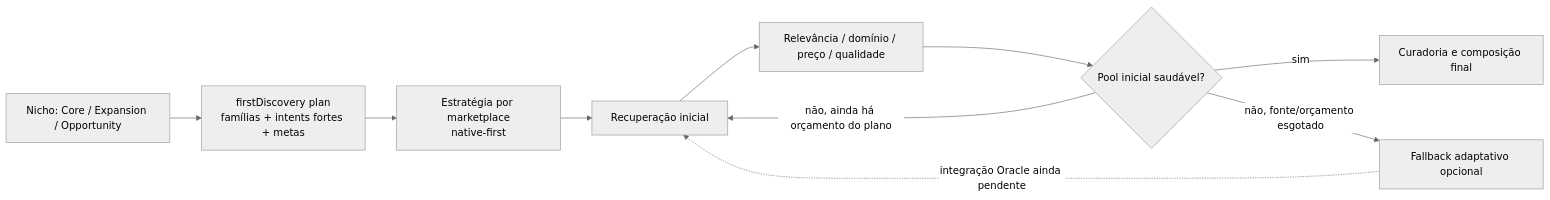
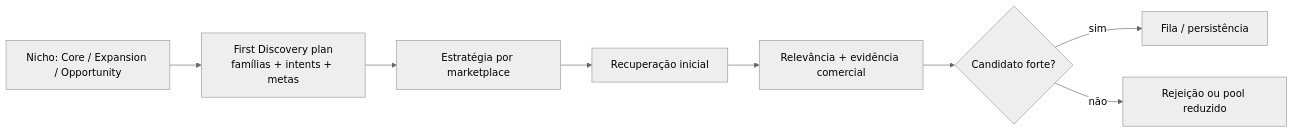
The second of 2 diagrams in docs/architecture-current.md (Andrejr82/Caca_OfertaOficial), drawn with Mermaid (neutral theme) before and after one commit. The commit also changed other lines of this file, not shown here.

````diff
--- a/docs/architecture-current.md
+++ b/docs/architecture-current.md
@@ -65,12 +65,10 @@
 ```mermaid
 flowchart LR
-  N["Nicho: Core / Expansion / Opportunity"] --> P["firstDiscovery plan\nfamílias + intents fortes + metas"]
-  P --> M["Estratégia por marketplace\nnative-first"]
+  N["Nicho: Core / Expansion / Opportunity"] --> P["First Discovery plan\nfamílias + intents + metas"]
+  P --> M["Estratégia por marketplace"]
   M --> R["Recuperação inicial"]
-  R --> Q["Relevância / domínio / preço / qualidade"]
-  Q --> A{"Pool inicial saudável?"}
-  A -- "sim" --> C["Curadoria e composição final"]
-  A -- "não, ainda há orçamento do plano" --> R
-  A -- "não, fonte/orçamento esgotado" --> F["Fallback adaptativo opcional"]
-  F -. "integração Oracle ainda pendente" .-> R
+  R --> Q["Relevância + evidência comercial"]
+  Q --> A{"Candidato forte?"}
+  A -- "sim" --> C["Fila / persistência"]
+  A -- "não" --> X["Rejeição ou pool reduzido"]
 ```
````
